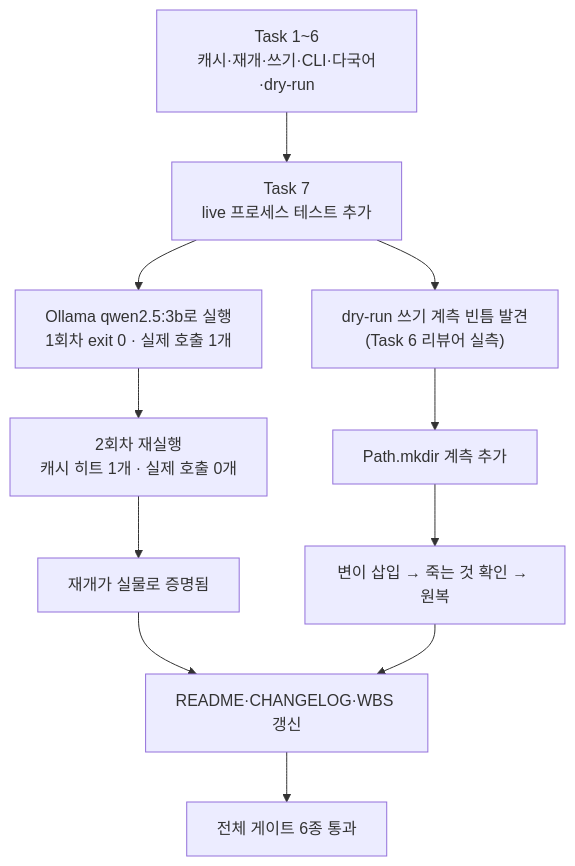
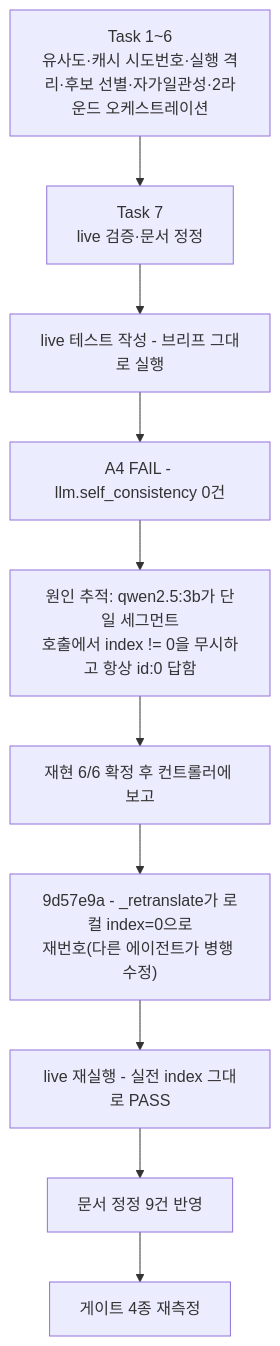
The diagram in HANDOFF.md (withwooyong/cuesift), drawn with Mermaid before and after one commit. The commit also changed other lines of this file and 27 other files, not shown here.

````diff
--- a/HANDOFF.md
+++ b/HANDOFF.md
@@ -30,13 +28,12 @@
 ```mermaid
 flowchart TD
-    A["Task 1~6<br/>캐시·재개·쓰기·CLI·다국어·dry-run"] --> B["Task 7<br/>live 프로세스 테스트 추가"]
-    B --> C["Ollama qwen2.5:3b로 실행<br/>1회차 exit 0 · 실제 호출 1개"]
-    C --> D["2회차 재실행<br/>캐시 히트 1개 · 실제 호출 0개"]
-    D --> E["재개가 실물로 증명됨"]
-    B --> F["dry-run 쓰기 계측 빈틈 발견<br/>(Task 6 리뷰어 실측)"]
-    F --> G["Path.mkdir 계측 추가"]
-    G --> H["변이 삽입 → 죽는 것 확인 → 원복"]
-    E --> I["README·CHANGELOG·WBS 갱신"]
-    H --> I
-    I --> J["전체 게이트 6종 통과"]
+    A["Task 1~6<br/>유사도·캐시 시도번호·실행 격리·후보 선별·자가일관성·2라운드 오케스트레이션"] --> B["Task 7<br/>live 검증·문서 정정"]
+    B --> C["live 테스트 작성 - 브리프 그대로 실행"]
+    C --> D["A4 FAIL - llm.self_consistency 0건"]
+    D --> E["원인 추적: qwen2.5:3b가 단일 세그먼트<br/>호출에서 index != 0을 무시하고 항상 id:0 답함"]
+    E --> F["재현 6/6 확정 후 컨트롤러에 보고"]
+    F --> G["9d57e9a - _retranslate가 로컬 index=0으로<br/>재번호(다른 에이전트가 병행 수정)"]
+    G --> H["live 재실행 - 실전 index 그대로 PASS"]
+    H --> I["문서 정정 9건 반영"]
+    I --> J["게이트 4종 재측정"]
 ```
````
